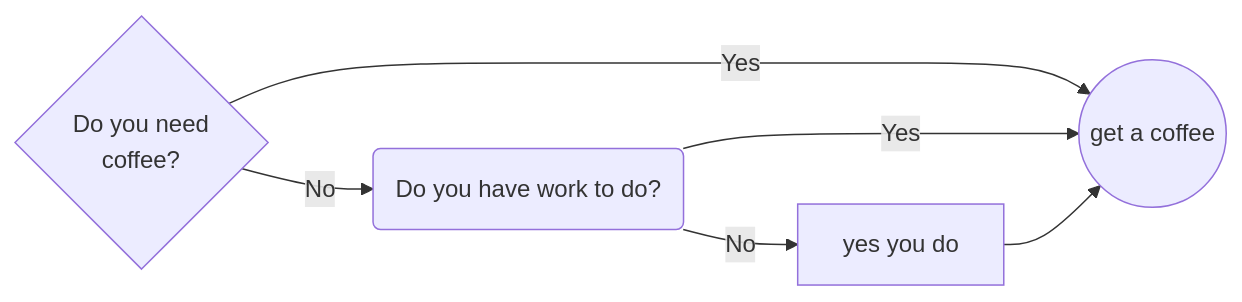
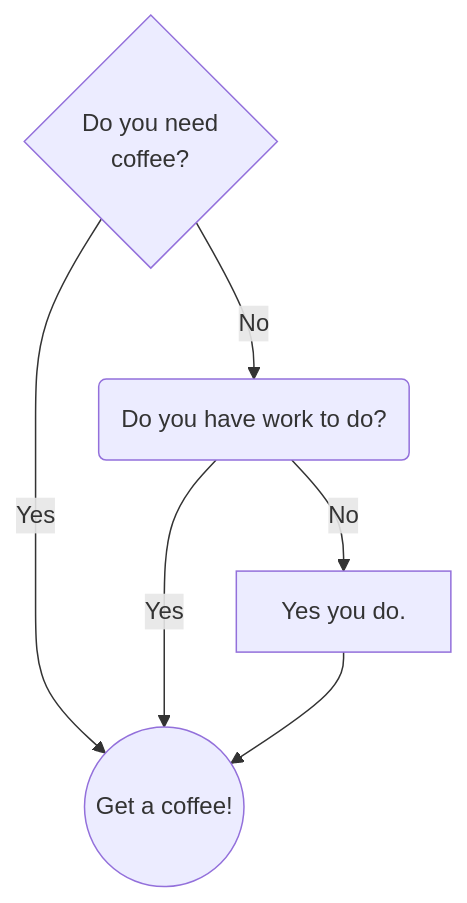
One commit to CUB-Data-Visualization/group-info-class-2026 changed the diagram in paige_mcdowell.qmd. Above: the diagram before and after it, drawn with Mermaid. The commit also changed other lines of this file and 1 other file, not shown here.

Commit message:
uploaded my image

````diff
--- a/paige_mcdowell.qmd
+++ b/paige_mcdowell.qmd
@@ -59,10 +59,10 @@
 ```{mermaid}
 %%| label: fig-chart
 %%| fig-cap: Work planning flowchart to increase productivity.
-graph LR
+graph TB
     A{Do you need <br> coffee?} -->|No| B(Do you have work to do?)
-    A --> |Yes| C((get a coffee))
-    B --> |No| D[yes you do]
+    A --> |Yes| C((Get a coffee!))
+    B --> |No| D[Yes you do.]
     B --> |Yes| C
     D --> C
 ```
````
